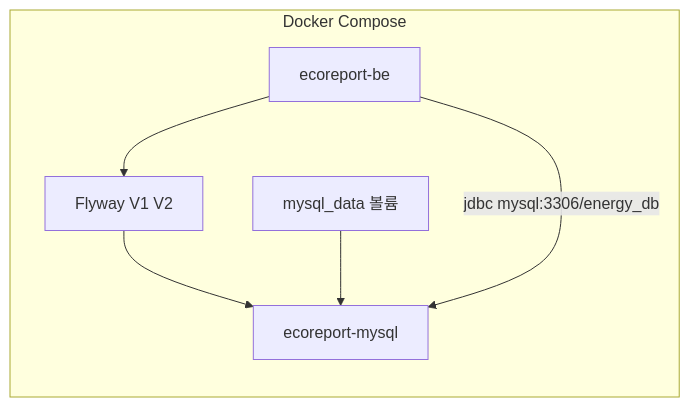
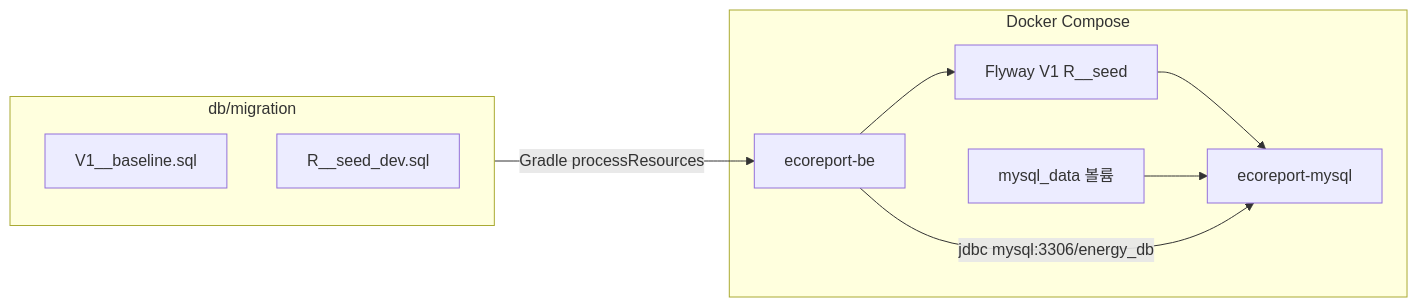
One commit to ravenkim/sundry_study changed the diagram in docs/기획/캠퍼스_에너지_절약/04_기술_기획/DB_설정_가이드.md. Above: the diagram before and after it, drawn with Mermaid. The commit also changed other lines of this file and 23 other files, not shown here.

````diff
--- a/docs/기획/캠퍼스_에너지_절약/04_기술_기획/DB_설정_가이드.md
+++ b/docs/기획/캠퍼스_에너지_절약/04_기술_기획/DB_설정_가이드.md
@@ -29,14 +55,39 @@
 ```mermaid
+
 flowchart LR
+
   subgraph compose [Docker Compose]
+
     BE[ecoreport-be]
+
     MySQL[ecoreport-mysql]
+
     Vol[mysql_data 볼륨]
-    Flyway[Flyway V1 V2]
+
+    Flyway[Flyway V1 R__seed]
+
   end
 
+
+
+  subgraph dbdir [db/migration]
+
+    V1[V1__baseline.sql]
+
+    R1[R__seed_dev.sql]
+
+  end
+
+
+
+  dbdir -->|"Gradle processResources"| BE
+
   BE --> Flyway
+
   Flyway --> MySQL
+
   Vol --> MySQL
+
   BE -->|"jdbc mysql:3306/energy_db"| MySQL
+
 ```
````
